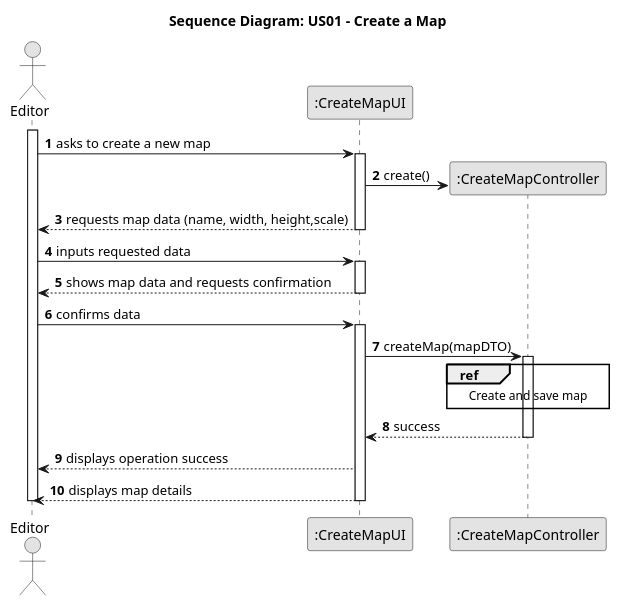
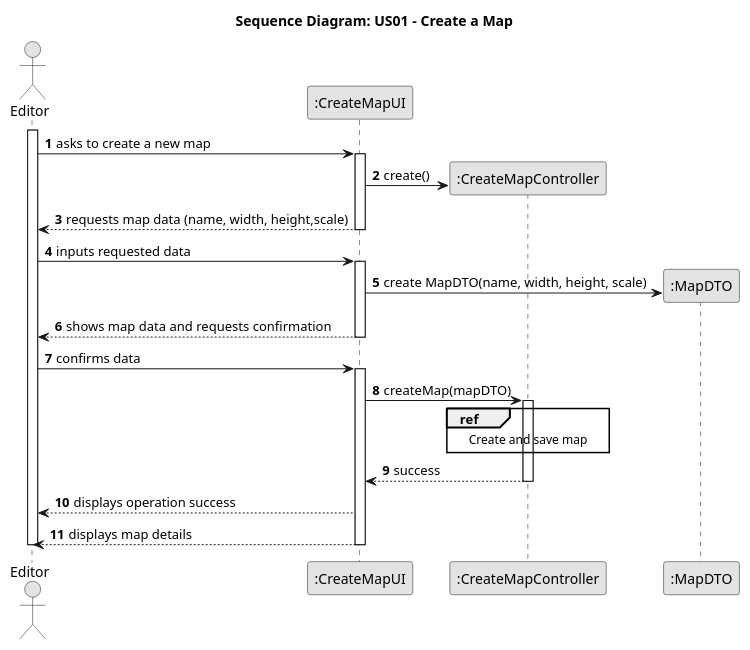
Before and after one commit to HenriqueSilva18/Railway-Network-Simulator: the diagram in docs/system-documentation/Sprint 3/US01/03.design/puml/US01-SD-split-Sequence_Diagram.puml, drawn with PlantUML. The commit also changed 6 other files, not shown here.

```diff
--- a/docs/system-documentation/Sprint 3/US01/03.design/puml/US01-SD-split-Sequence_Diagram.puml
+++ b/docs/system-documentation/Sprint 3/US01/03.design/puml/US01-SD-split-Sequence_Diagram.puml
@@ -1,46 +1,47 @@
 @startuml
 skinparam monochrome true
 skinparam packageStyle rectangle
 skinparam shadowing false
 
 autonumber
 
 title Sequence Diagram: US01 - Create a Map
 
 actor "Editor" as editor
 participant ":CreateMapUI" as UI
 participant ":CreateMapController" as CTRL
+participant ":MapDTO" as DTO
 
 activate editor
 
     editor -> UI : asks to create a new map
         activate UI
             UI -> CTRL**: create()
             UI --> editor: requests map data (name, width, height,scale)
         deactivate UI
 
     editor -> UI: inputs requested data
         activate UI
-            
+            UI -> DTO**: create MapDTO(name, width, height, scale)
             UI --> editor: shows map data and requests confirmation
         deactivate UI
 
     editor -> UI: confirms data
         activate UI
             UI -> CTRL: createMap(mapDTO)
             
             ref over CTRL
             Create and save map
             end
             
             activate CTRL
                 CTRL --> UI: success
             deactivate CTRL
             
             UI --> editor: displays operation success
             UI --> editor: displays map details
         deactivate UI
 
 deactivate editor
 
 @enduml 
```
